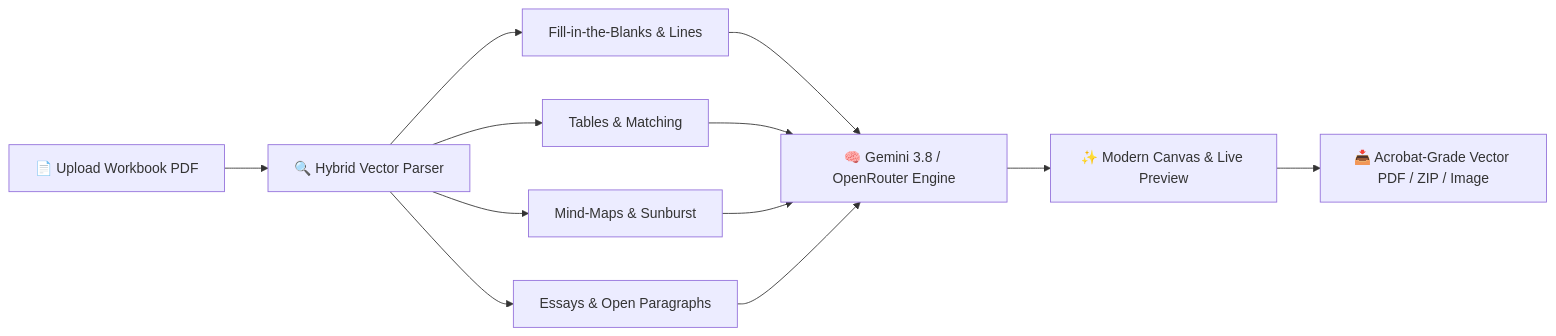
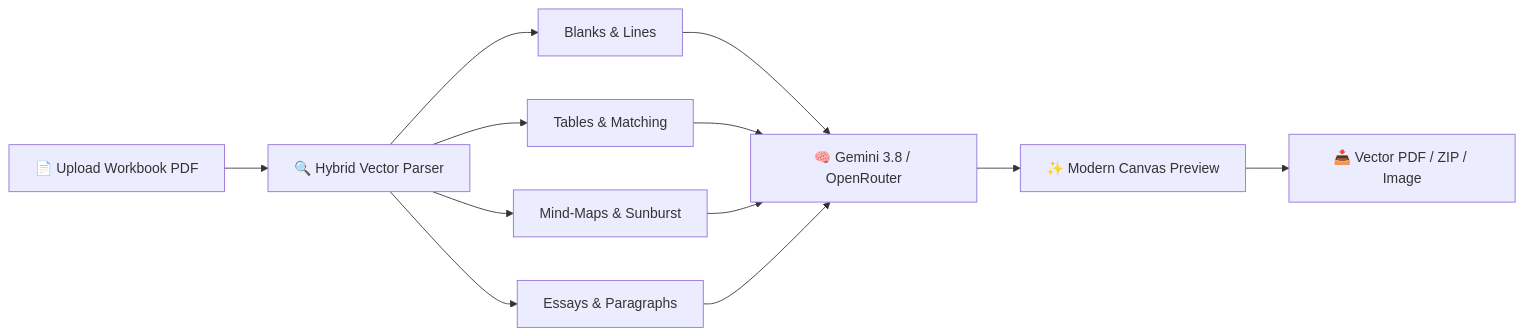
The diagram in README.md (Rel0adediso/Prepmate-PDF), drawn with Mermaid before and after one commit. The commit also changed other lines of this file and 1 other file, not shown here.

````diff
--- a/README.md
+++ b/README.md
@@ -68,11 +64,11 @@
 ```mermaid
 flowchart LR
     A["📄 Upload Workbook PDF"] --> B["🔍 Hybrid Vector Parser"]
-    B --> C1["Fill-in-the-Blanks & Lines"]
+    B --> C1["Blanks & Lines"]
     B --> C2["Tables & Matching"]
     B --> C3["Mind-Maps & Sunburst"]
-    B --> C4["Essays & Open Paragraphs"]
-    C1 & C2 & C3 & C4 --> D["🧠 Gemini 3.8 / OpenRouter Engine"]
-    D --> E["✨ Modern Canvas & Live Preview"]
-    E --> F["📥 Acrobat-Grade Vector PDF / ZIP / Image"]
+    B --> C4["Essays & Paragraphs"]
+    C1 & C2 & C3 & C4 --> D["🧠 Gemini 3.8 / OpenRouter"]
+    D --> E["✨ Modern Canvas Preview"]
+    E --> F["📥 Vector PDF / ZIP / Image"]
 ```
````
